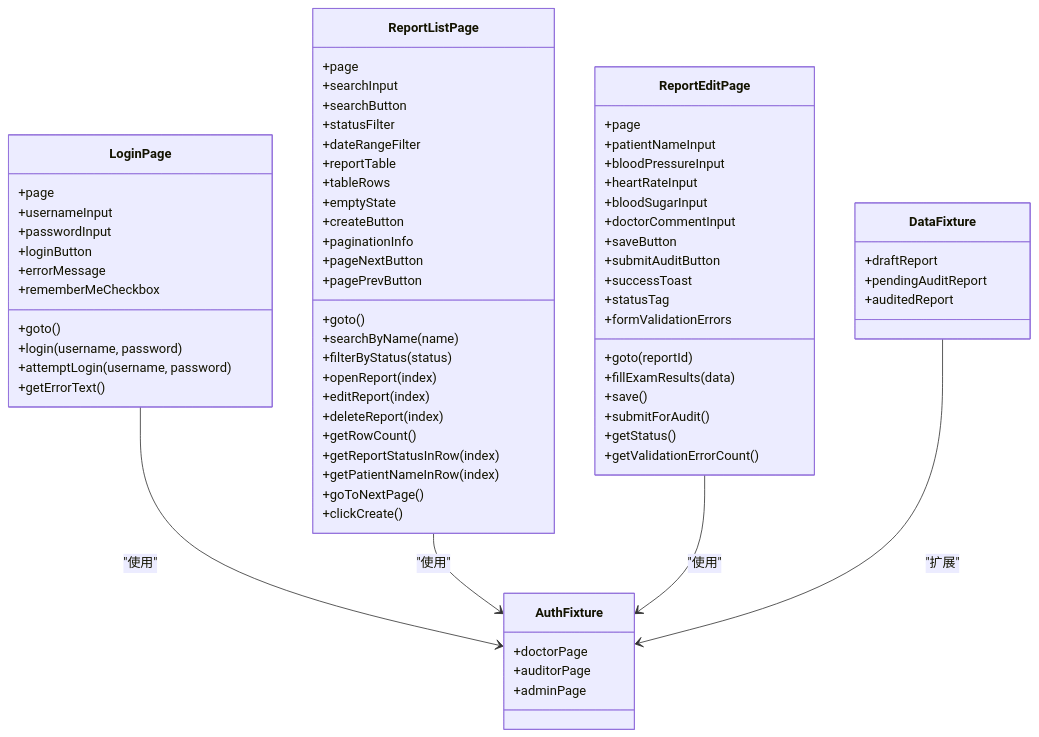
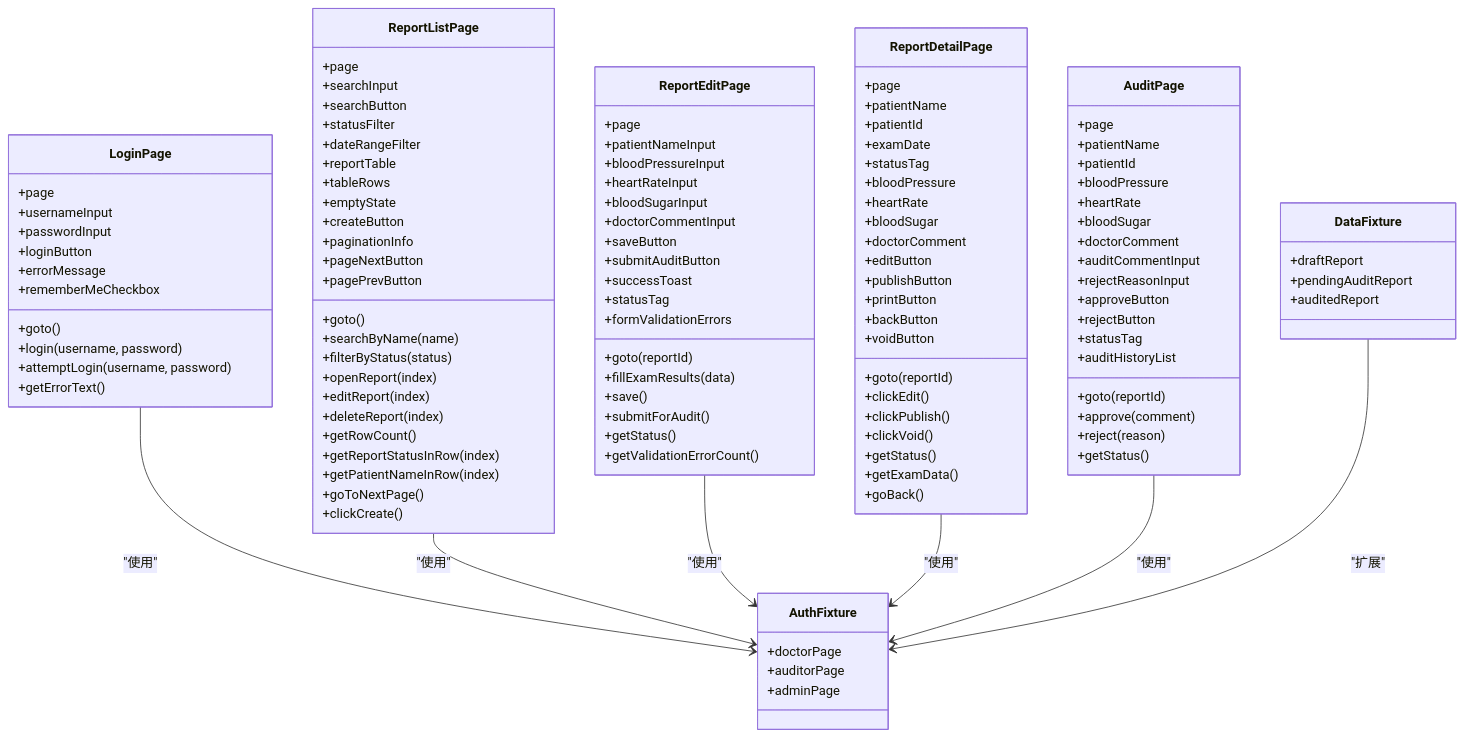
The eighth of 9 diagrams in .qoder/repowiki/zh/content/AI测试生成系统/AI测试脚本生成器.md (zzgoviziwind/--playwright), drawn with Mermaid before and after one commit. The commit also changed other lines of this file and 112 other files, not shown here.

````diff
--- a/.qoder/repowiki/zh/content/AI测试生成系统/AI测试脚本生成器.md
+++ b/.qoder/repowiki/zh/content/AI测试生成系统/AI测试脚本生成器.md
@@ -315,6 +463,48 @@
 +getStatus()
 +getValidationErrorCount()
 }
+class ReportDetailPage {
++page
++patientName
++patientId
++examDate
++statusTag
++bloodPressure
++heartRate
++bloodSugar
++doctorComment
++editButton
++publishButton
++printButton
++backButton
++voidButton
++goto(reportId)
++clickEdit()
++clickPublish()
++clickVoid()
++getStatus()
++getExamData()
++goBack()
+}
+class AuditPage {
++page
++patientName
++patientId
++bloodPressure
++heartRate
++bloodSugar
++doctorComment
++auditCommentInput
++rejectReasonInput
++approveButton
++rejectButton
++statusTag
++auditHistoryList
++goto(reportId)
++approve(comment)
++reject(reason)
++getStatus()
+}
 class AuthFixture {
 +doctorPage
 +auditorPage
@@ -328,5 +518,7 @@
 LoginPage --> AuthFixture : "使用"
 ReportListPage --> AuthFixture : "使用"
 ReportEditPage --> AuthFixture : "使用"
+ReportDetailPage --> AuthFixture : "使用"
+AuditPage --> AuthFixture : "使用"
 DataFixture --> AuthFixture : "扩展"
 ```
````
